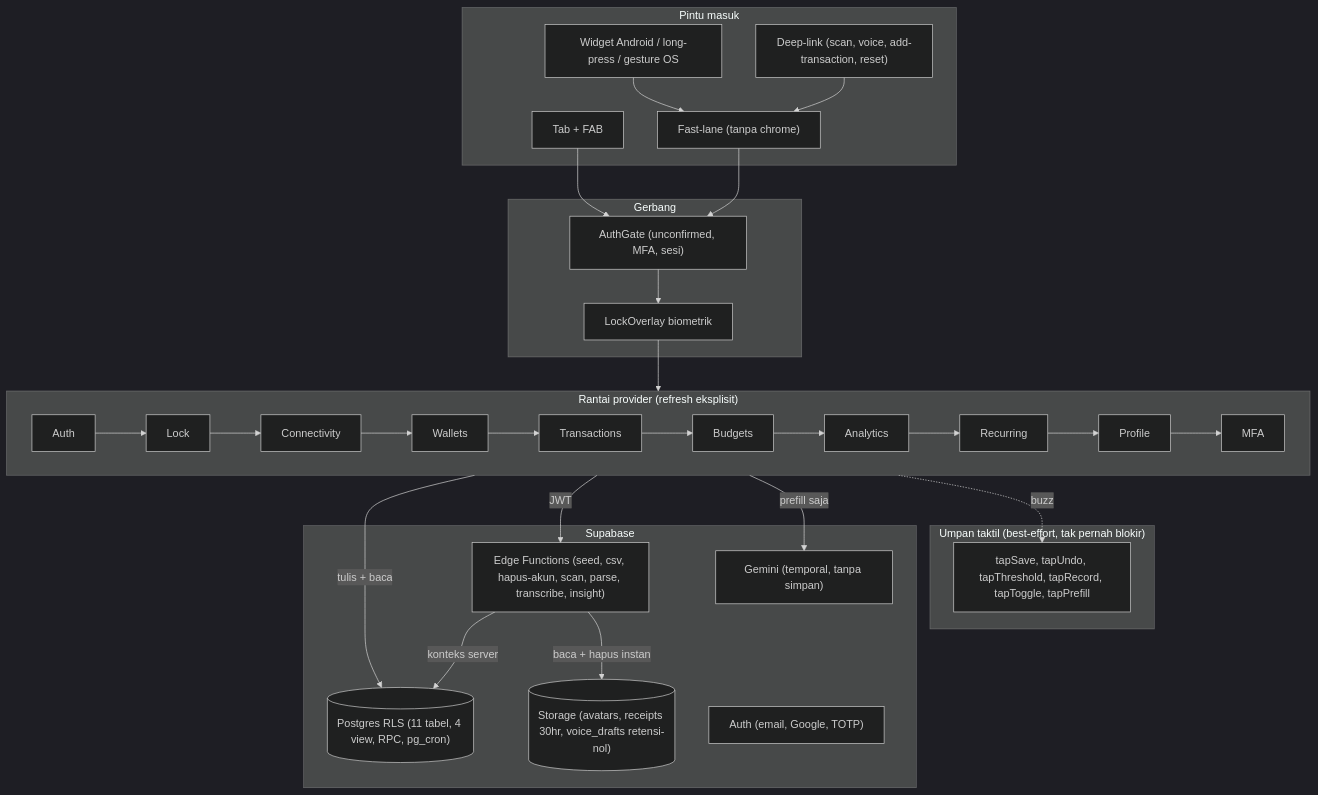
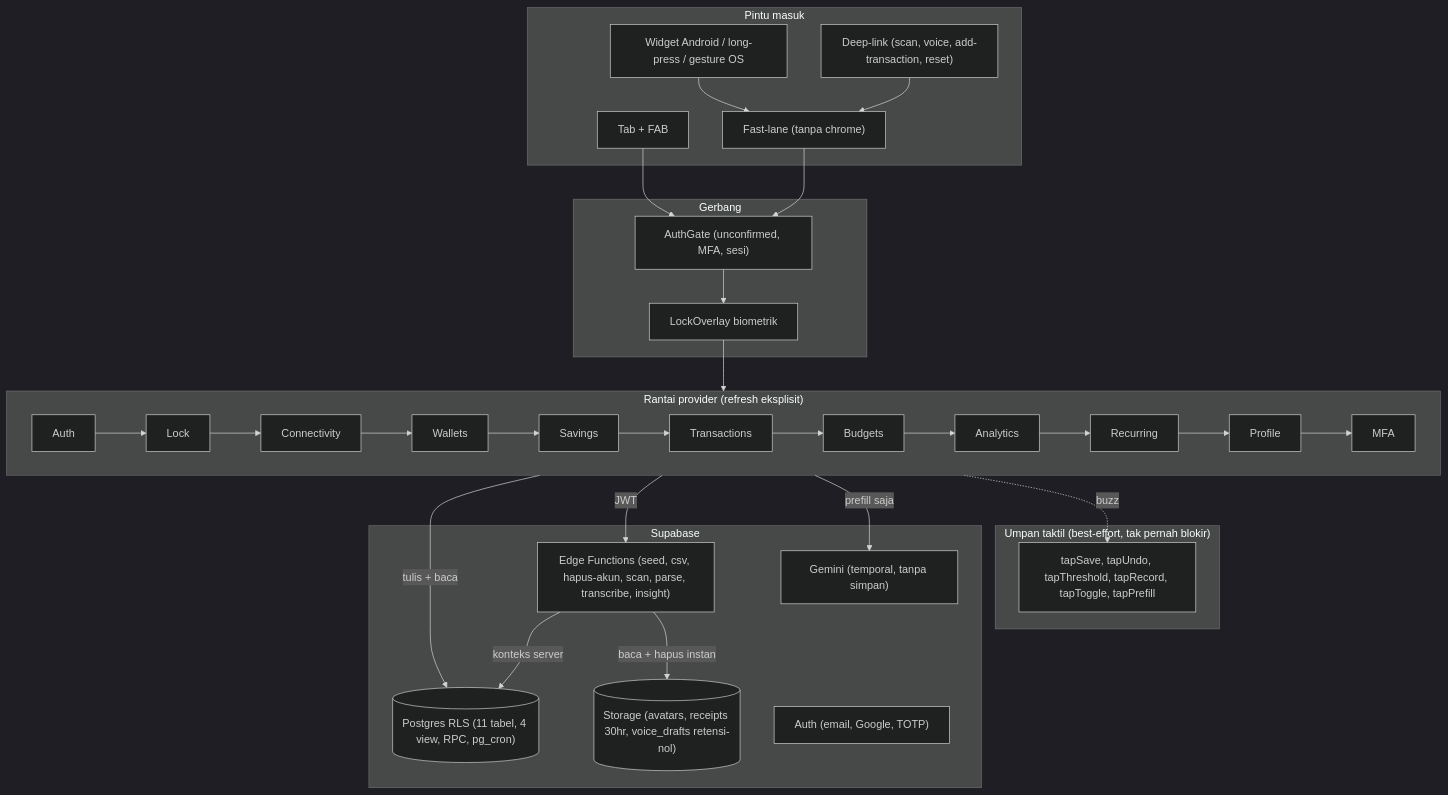
One commit to Callmerev95/Cashtrix changed the diagram in README.md. Above: the diagram before and after it, drawn with Mermaid (dark theme). The commit also changed other lines of this file and 10 other files, not shown here.

````diff
--- a/README.md
+++ b/README.md
@@ -345,37 +369,37 @@
 ```mermaid
 flowchart TB
     subgraph Entry["Pintu masuk"]
         Tabs["Tab + FAB"]
         FastLane["Fast-lane (tanpa chrome)"]
         Widget["Widget Android / long-press / gesture OS"]
         DeepLink["Deep-link (scan, voice, add-transaction, reset)"]
     end
     subgraph Gate["Gerbang"]
         AuthGate["AuthGate (unconfirmed, MFA, sesi)"]
         LockOverlay["LockOverlay biometrik"]
     end
     subgraph Providers["Rantai provider (refresh eksplisit)"]
-        Auth["Auth"] --> Lock["Lock"] --> Conn["Connectivity"] --> Wal["Wallets"] --> Trx["Transactions"] --> Bud["Budgets"] --> Ana["Analytics"] --> Rec["Recurring"] --> Pro["Profile"] --> Mfa["MFA"]
+        Auth["Auth"] --> Lock["Lock"] --> Conn["Connectivity"] --> Wal["Wallets"] --> Sav["Savings"] --> Trx["Transactions"] --> Bud["Budgets"] --> Ana["Analytics"] --> Rec["Recurring"] --> Pro["Profile"] --> Mfa["MFA"]
     end
     subgraph UX["Umpan taktil (best-effort, tak pernah blokir)"]
         Hap["tapSave, tapUndo, tapThreshold, tapRecord, tapToggle, tapPrefill"]
     end
     subgraph Server["Supabase"]
         PG[("Postgres RLS (11 tabel, 4 view, RPC, pg_cron)")]
         Edge["Edge Functions (seed, csv, hapus-akun, scan, parse, transcribe, insight)"]
         Sto[("Storage (avatars, receipts 30hr, voice_drafts retensi-nol)")]
         AuthS["Auth (email, Google, TOTP)"]
         Gem["Gemini (temporal, tanpa simpan)"]
     end
     Widget --> FastLane
     DeepLink --> FastLane
     Tabs --> AuthGate
     FastLane --> AuthGate
     AuthGate --> LockOverlay --> Providers
     Providers -->|tulis + baca| PG
     Providers -->|JWT| Edge
     Providers -->|prefill saja| Gem
     Edge -->|konteks server| PG
     Edge -->|baca + hapus instan| Sto
     Providers -.->|buzz| Hap
 ```
````
